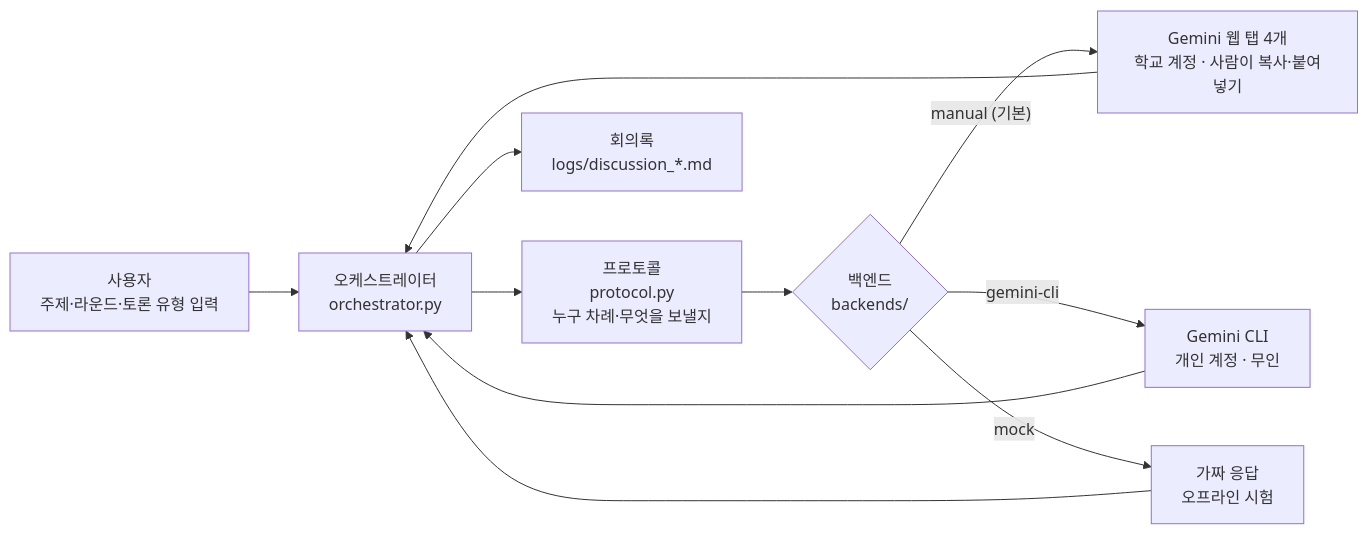
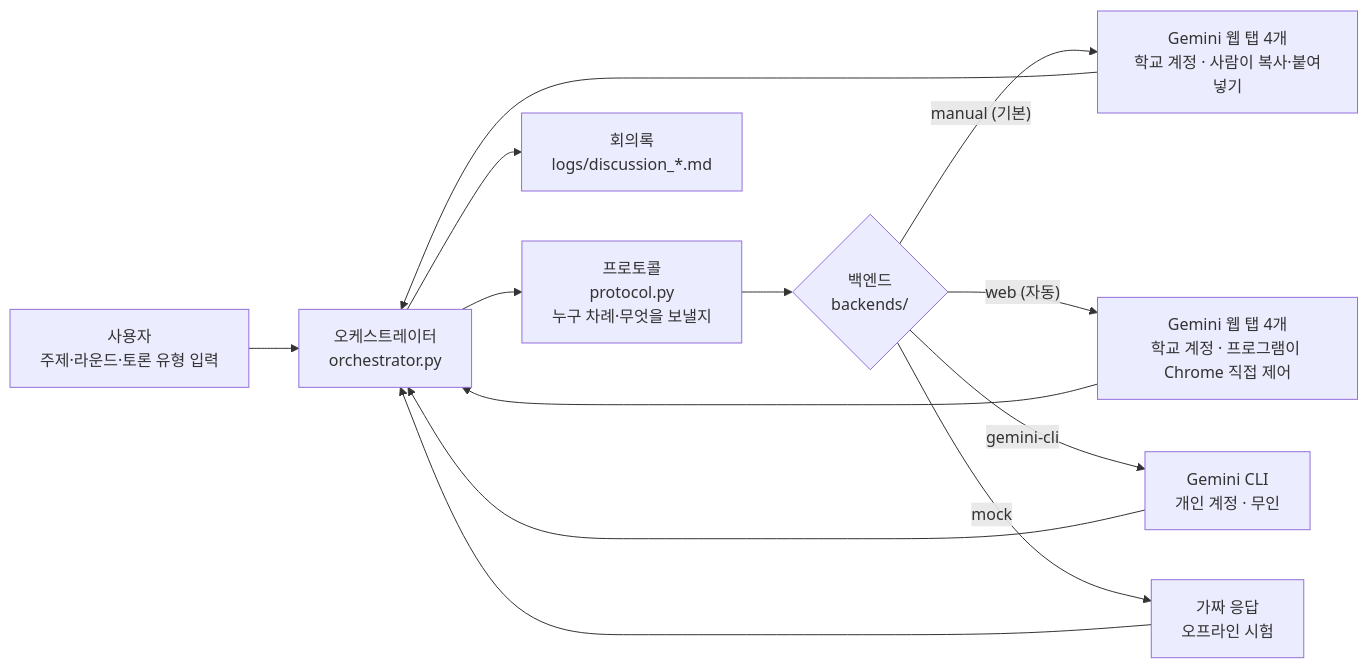
One commit to bobkim66-svg/ClaudeCode changed the first of 6 diagrams in gemini_council/docs/PIPELINE.md. Above: the diagram before and after it, drawn with Mermaid. The commit also changed other lines of this file and 11 other files, not shown here.

First line of the commit message:
자동(web) 모드: 전용 Chrome 의 Gemini 탭 4개를 Playwright 로 직접 제어

````diff
--- a/gemini_council/docs/PIPELINE.md
+++ b/gemini_council/docs/PIPELINE.md
@@ -8,13 +8,15 @@
 ```mermaid
 flowchart LR
     U["사용자<br/>주제·라운드·토론 유형 입력"] --> O["오케스트레이터<br/>orchestrator.py"]
     O --> P["프로토콜<br/>protocol.py<br/>누구 차례·무엇을 보낼지"]
     P --> B{"백엔드<br/>backends/"}
     B -->|"manual (기본)"| W["Gemini 웹 탭 4개<br/>학교 계정 · 사람이 복사·붙여넣기"]
+    B -->|"web (자동)"| A["Gemini 웹 탭 4개<br/>학교 계정 · 프로그램이 Chrome 직접 제어"]
+    A --> O
     B -->|gemini-cli| C["Gemini CLI<br/>개인 계정 · 무인"]
     B -->|mock| K["가짜 응답<br/>오프라인 시험"]
     W --> O
     C --> O
     K --> O
     O --> T["회의록<br/>logs/discussion_*.md"]
 ```
````
